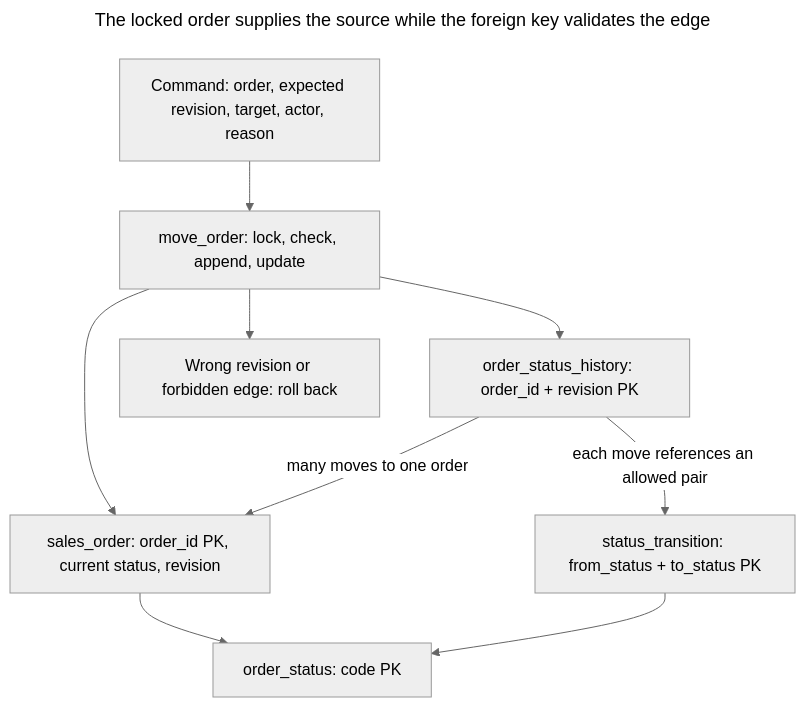
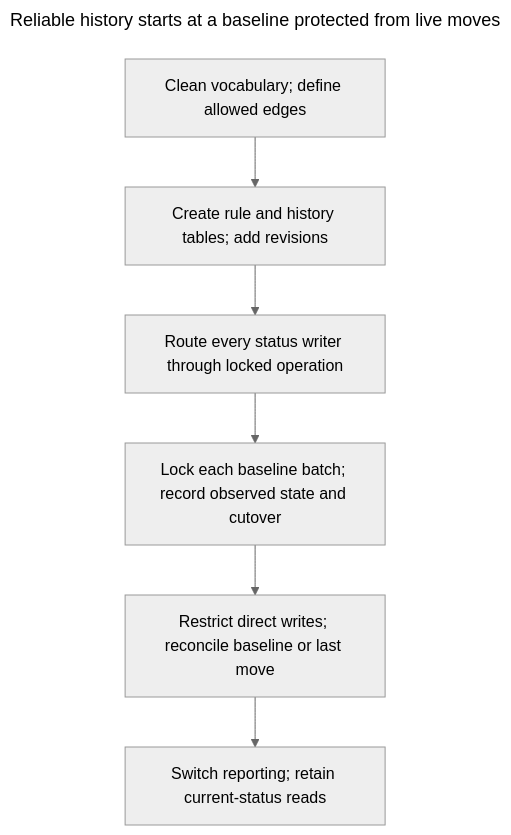
The fourth of 4 diagrams in book/en/status-history.md (mokevnin/database-design-patterns), drawn with Mermaid (neutral theme) before and after one commit. The commit also changed other lines of this file and 13 other files, not shown here.

First line of the commit message:
docs: add ER and other diagrams to the first fourteen chapters

````diff
--- a/book/en/status-history.md
+++ b/book/en/status-history.md
@@ -45,21 +277,13 @@
 ```mermaid
 ---
-title: The locked order supplies the source while the foreign key validates the edge
+title: Reliable history starts at a baseline protected from live moves
 ---
 flowchart TB
-  command["Command: order, expected revision, target, actor, reason"]:::muted
-  writer["move_order: lock, check, append, update"]:::accent
-  order["sales_order: order_id PK, current status, revision"]:::accent
-  history["order_status_history: order_id + revision PK"]:::accent
-  edges["status_transition: from_status + to_status PK"]:::muted
-  status["order_status: code PK"]:::muted
-  reject["Wrong revision or forbidden edge: roll back"]:::warn
-  command --> writer
-  writer --> order
-  writer --> history
-  history -->|many moves to one order| order
-  history -->|each move references an allowed pair| edges
-  order --> status
-  edges --> status
-  writer --> reject
+  rules["Clean vocabulary; define allowed edges"]:::muted
+  writer["Create rule and history tables; add revisions"]:::accent
+  route["Route every status writer through locked operation"]:::accent
+  baseline["Lock each baseline batch; record observed state and cutover"]:::accent
+  restrict["Restrict direct writes; reconcile baseline or last move"]:::accent
+  reporting["Switch reporting; retain current-status reads"]:::muted
+  rules --> writer --> route --> baseline --> restrict --> reporting
 ```
````
